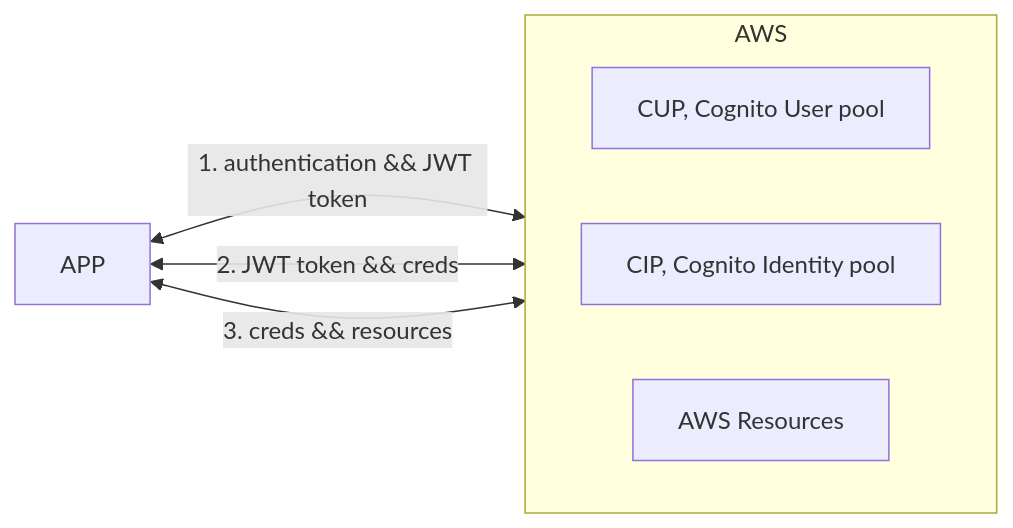
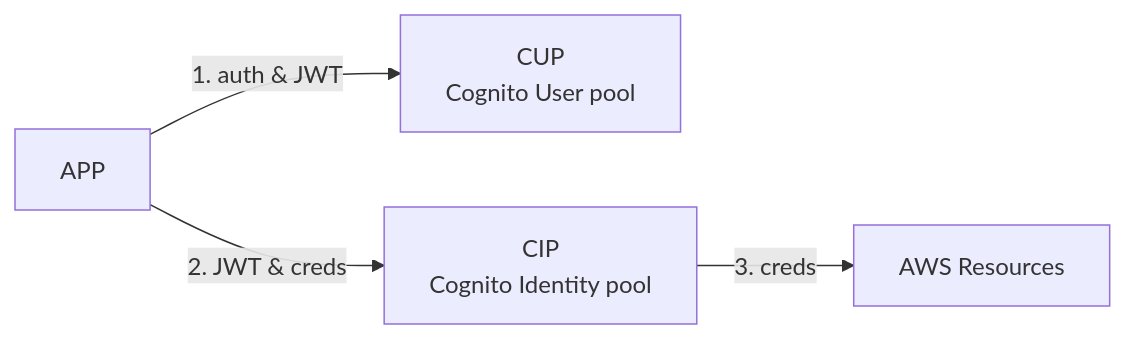
The first of 7 diagrams in aws/Cognito.md (cool21540125/documentation-notes), drawn with Mermaid before and after one commit. The commit also changed other lines of this file and 3 other files, not shown here.

````diff
--- a/aws/Cognito.md
+++ b/aws/Cognito.md
@@ -13,12 +13,10 @@
     ```mermaid
     flowchart LR
-    subgraph AWS
-        direction LR
-        up["CUP, Cognito User pool"]
-        ip["CIP, Cognito Identity pool"]
+        APP["APP"]
+        up["CUP<br/>Cognito User pool"]
+        ip["CIP<br/>Cognito Identity pool"]
         rr["AWS Resources"]
-    end
-    APP <-- 1. authentication && JWT token --> up;
-    APP <-- 2. JWT token && creds --> ip;
-    APP <-- 3. creds && resources --> rr
+        APP -->|1. auth & JWT| up
+        APP -->|2. JWT & creds| ip
+        ip -->|3. creds| rr
     ```
````
